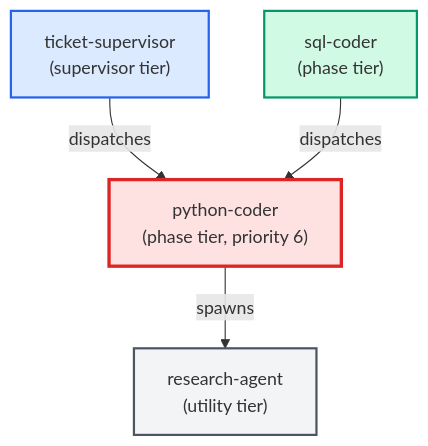
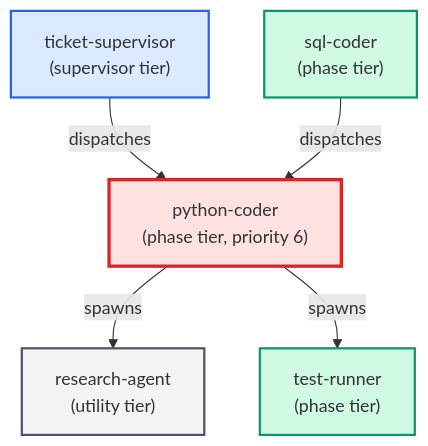
Before and after one commit to urlmonitor/leafcutter-ai: the diagram in docs/agents/cards/python-coder.card.md, drawn with Mermaid. The commit also changed 79 other files, not shown here.

````diff
--- a/docs/agents/cards/python-coder.card.md
+++ b/docs/agents/cards/python-coder.card.md
@@ -60,16 +60,18 @@
 ```mermaid
 flowchart TD
     classDef supervisor fill:#dbeafe,stroke:#2563eb,stroke-width:2px
     classDef phase fill:#d1fae5,stroke:#059669,stroke-width:2px
     classDef utility fill:#f3f4f6,stroke:#4b5563,stroke-width:2px
     classDef target fill:#fee2e2,stroke:#dc2626,stroke-width:3px
 
     ticket_supervisor["ticket-supervisor\n(supervisor tier)"]:::supervisor
     sql_coder["sql-coder\n(phase tier)"]:::phase
     python_coder["python-coder\n(phase tier, priority 6)"]:::target
     research_agent["research-agent\n(utility tier)"]:::utility
+    test_runner["test-runner\n(phase tier)"]:::phase
 
     ticket_supervisor -->|dispatches| python_coder
     sql_coder -->|dispatches| python_coder
     python_coder -->|spawns| research_agent
+    python_coder -->|spawns| test_runner
 ```
````
